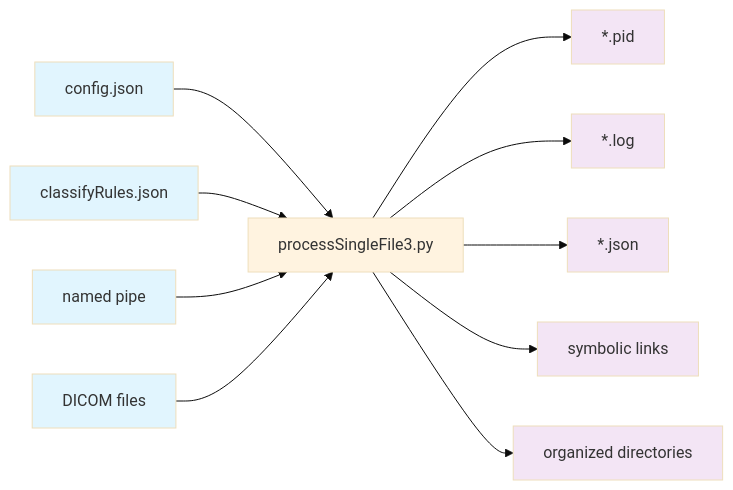
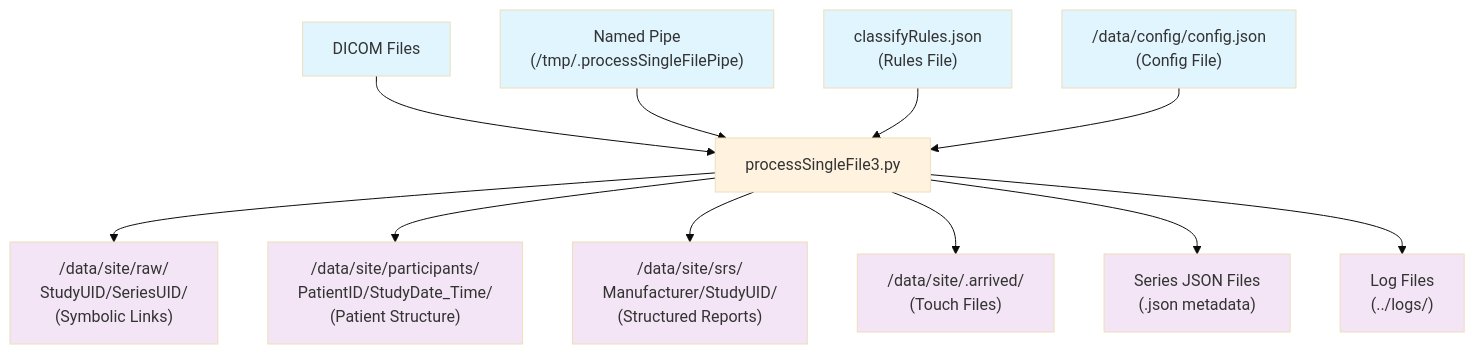
The second of 2 diagrams in docs/source/Architecture/scripts/processSingleFile3.rst (mmiv-center/FionaDocs), drawn with Mermaid (base theme) before and after one commit. The commit also changed other lines of this file and 80 other files, not shown here.

```diff
--- a/docs/source/Architecture/scripts/processSingleFile3.rst
+++ b/docs/source/Architecture/scripts/processSingleFile3.rst
@@ -92,39 +31,23 @@
 .. mermaid::
 
-   flowchart LR
-   %% Input Data
-   CONFIG["config.json"]
-   RULES["classifyRules.json"]
-   PIPE["named pipe"]
-   DICOM["DICOM files"]
+   flowchart TD
+    A["DICOM Files"] --> B["processSingleFile3.py"]
+    C["Named Pipe<br>(/tmp/.processSingleFilePipe)"] --> B
+    D["classifyRules.json<br>(Rules File)"] --> B
+    E["/data/config/config.json<br>(Config File)"] --> B
     
-   %% Main Process
-   DAEMON["processSingleFile3.py"]
+    B --> F["/data/site/raw/<br>StudyUID/SeriesUID/<br>(Symbolic Links)"]
+    B --> G["/data/site/participants/<br>PatientID/StudyDate_Time/<br>(Patient Structure)"]
+    B --> H["/data/site/srs/<br>Manufacturer/StudyUID/<br>(Structured Reports)"]
+    B --> I["/data/site/.arrived/<br>(Touch Files)"]
+    B --> J["Series JSON Files<br>(.json metadata)"]
+    B --> K["Log Files<br>(../logs/)"]
     
-   %% Output Data
-   PID["*.pid"]
-   LOG["*.log"]
-   JSON["*.json"]
-   LINKS["symbolic links"]
-   DIRS["organized directories"]
+    %% Styling
+    classDef inputFile fill:#e1f5fe
+    classDef outputFile fill:#f3e5f5
+    classDef mainScript fill:#fff3e0
     
-   %% Data Flow
-   CONFIG --> DAEMON
-   RULES --> DAEMON
-   PIPE --> DAEMON
-   DICOM --> DAEMON
-    
-   DAEMON --> PID
-   DAEMON --> LOG
-   DAEMON --> JSON
-   DAEMON --> LINKS
-   DAEMON --> DIRS
-    
-   %% Styling
-   classDef inputFile fill:#e1f5fe
-   classDef process fill:#fff3e0
-   classDef outputFile fill:#f3e5f5
-    
-   class CONFIG,RULES,PIPE,DICOM inputFile
-   class DAEMON process
-   class PID,LOG,JSON,LINKS,DIRS outputFile
+    class A,C,D,E inputFile
+    class B mainScript
+    class F,G,H,I,J,K outputFile
```
